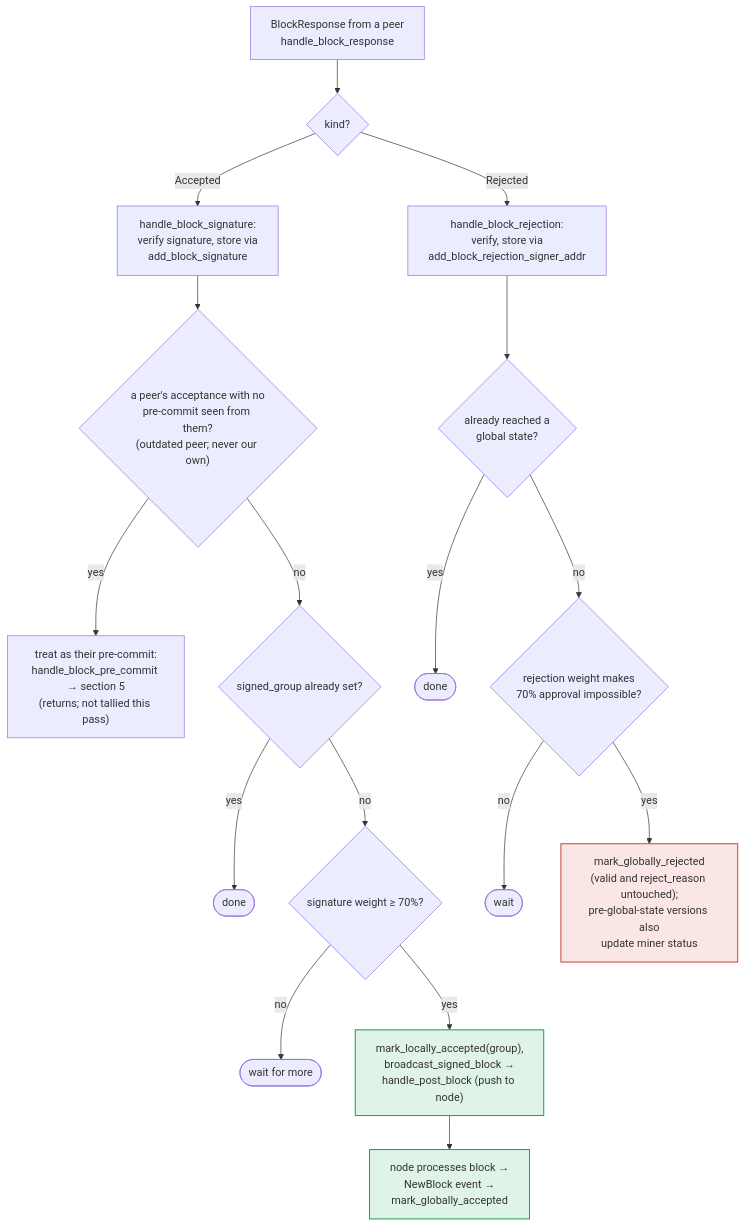
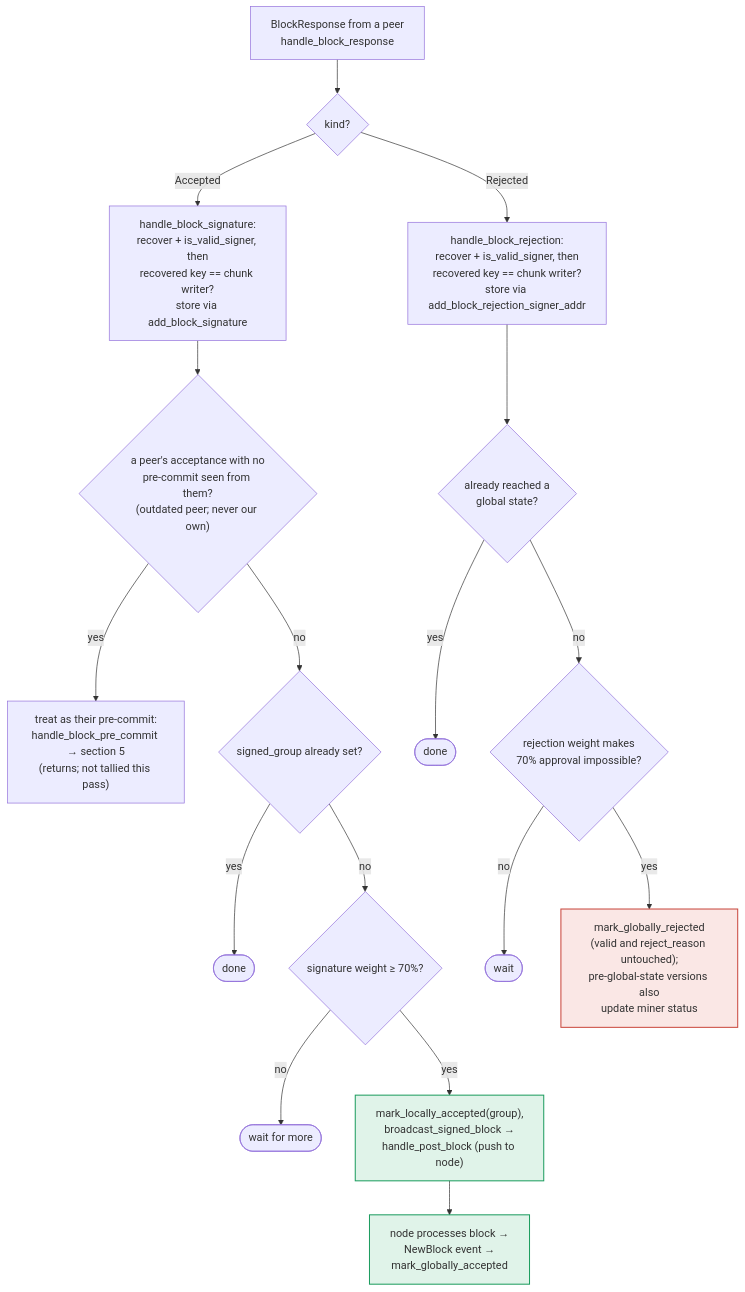
The seventh of 10 diagrams in docs/signer-flows.md (stacks-network/stacks-core), drawn with Mermaid before and after one commit. The commit also changed other lines of this file and 37 other files, not shown here.

````diff
--- a/docs/signer-flows.md
+++ b/docs/signer-flows.md
@@ -464,21 +575,21 @@
 ```mermaid
 flowchart TB
     IN["BlockResponse from a peer<br/>handle_block_response"] --> KIND{"kind?"}
-    KIND -- "Accepted" --> HBS["handle_block_signature:<br/>verify signature, store via<br/>add_block_signature"]
+    KIND -- "Accepted" --> HBS["handle_block_signature:<br/>recover + is_valid_signer, then<br/>recovered key == chunk writer?<br/>store via add_block_signature"]
     HBS --> OLD{"a peer's acceptance with no<br/>pre-commit seen from them?<br/>(outdated peer; never our own)"}
     OLD -- yes --> ASPC["treat as their pre-commit:<br/>handle_block_pre_commit → section 5<br/>(returns; not tallied this pass)"]
     OLD -- no --> GRP{"signed_group already set?"}
     GRP -- yes --> N1(["done"])
     GRP -- no --> TALLY{"signature weight ≥ 70%?"}
     TALLY -- no --> N2(["wait for more"])
     TALLY -- yes --> BCAST["mark_locally_accepted(group),<br/>broadcast_signed_block →<br/>handle_post_block (push to node)"]:::good
-    KIND -- "Rejected" --> HBR["handle_block_rejection:<br/>verify, store via<br/>add_block_rejection_signer_addr"]
+    KIND -- "Rejected" --> HBR["handle_block_rejection:<br/>recover + is_valid_signer, then<br/>recovered key == chunk writer?<br/>store via add_block_rejection_signer_addr"]
     HBR --> DONE{"already reached a<br/>global state?"}
     DONE -- yes --> N4(["done"])
     DONE -- no --> RT{"rejection weight makes<br/>70% approval impossible?"}
     RT -- no --> N3(["wait"])
     RT -- yes --> GREJ["mark_globally_rejected<br/>(valid and reject_reason untouched);<br/>pre-global-state versions also<br/>update miner status"]:::bad
     BCAST --> NB["node processes block →<br/>NewBlock event →<br/>mark_globally_accepted"]:::good
     classDef good fill:#17a45c22,stroke:#1d9d5f,stroke-width:1.5px;
     classDef bad fill:#d84a3f22,stroke:#c9473d,stroke-width:1.5px;
 ```
````
